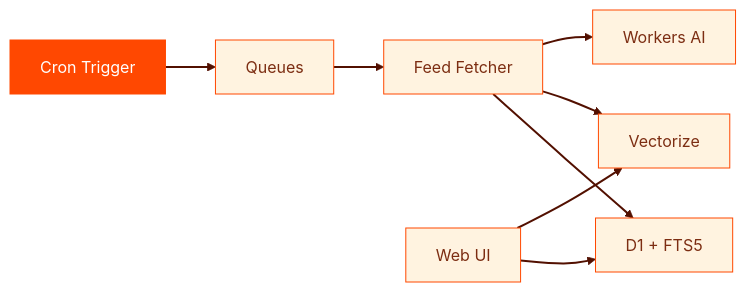
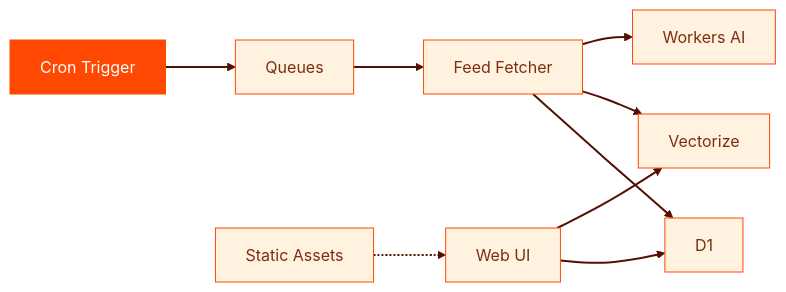
The diagram in decks/planet-cf/slides.md (adewale/slide-maker), drawn with Mermaid before and after one commit. The commit also changed other lines of this file and 21 other files, not shown here.

````diff
--- a/decks/planet-cf/slides.md
+++ b/decks/planet-cf/slides.md
@@ -51,14 +52,15 @@
 ```mermaid {theme: 'base', scale: 0.85}
 graph LR
   C["Cron Trigger"] --> Q["Queues"]
   Q --> F["Feed Fetcher"]
-  F --> D1["D1 + FTS5"]
+  F --> D1["D1"]
   F --> V["Vectorize"]
   F --> AI["Workers AI"]
   UI["Web UI"] --> D1 & V
+  SA["Static Assets"] -.-> UI
   classDef trigger fill:#ff4801,stroke:#ff4801,color:#fff
   classDef svc fill:#fff3e0,stroke:#ff4801,color:#7c2d12
   class C trigger
-  class Q,F,D1,V,AI,UI svc
+  class Q,F,D1,V,AI,UI,SA svc
   linkStyle default stroke:#521000,stroke-width:2px
 ```
````
